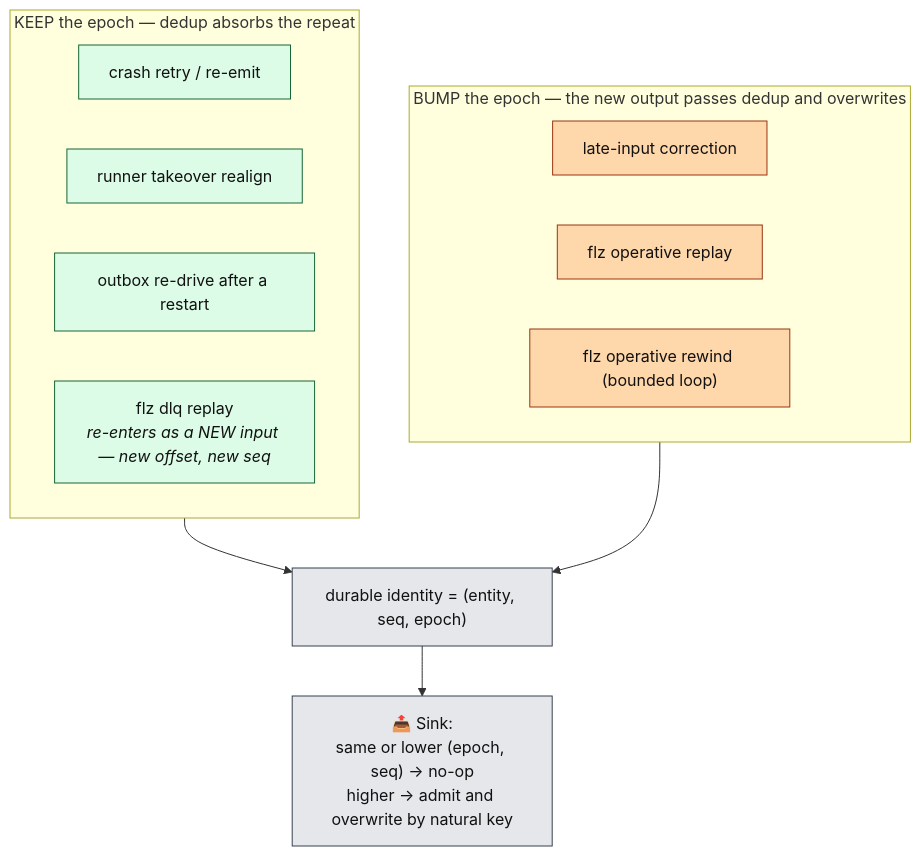
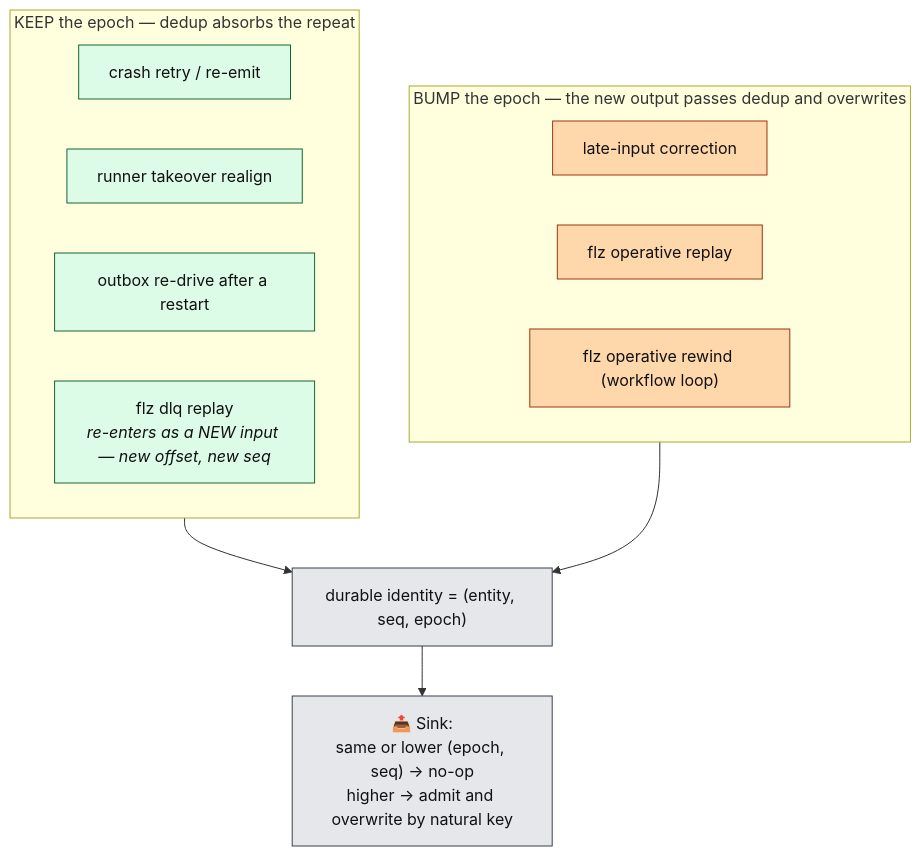
Before and after one commit to Flezha/flezha: the tenth of 16 diagrams in docs/architecture/kernel.md, drawn with Mermaid. The commit also changed other lines of this file and 431 other files, not shown here.

````diff
--- a/docs/architecture/kernel.md
+++ b/docs/architecture/kernel.md
@@ -430,21 +430,21 @@
 ```mermaid
 flowchart TB
     subgraph KEEP["KEEP the epoch — dedup absorbs the repeat"]
         C1["crash retry / re-emit"]:::exec
         C2["runner takeover realign"]:::exec
         C3["outbox re-drive after a restart"]:::exec
         C4["flz dlq replay<br/><i>re-enters as a NEW input — new offset, new seq</i>"]:::exec
     end
     subgraph BUMP["BUMP the epoch — the new output passes dedup and overwrites"]
         B1["late-input correction"]:::sink
         B2["flz operative replay"]:::sink
-        B3["flz operative rewind (bounded loop)"]:::sink
+        B3["flz operative rewind (workflow loop)"]:::sink
     end
     KEEP --> RULE["durable identity = (entity, seq, epoch)"]:::store
     BUMP --> RULE
     RULE --> SINKR["📤 Sink:<br/>same or lower (epoch, seq) → no-op<br/>higher → admit and overwrite by natural key"]:::store
 
     classDef exec fill:#dcfce7,stroke:#166534,color:#111
     classDef sink fill:#fed7aa,stroke:#9a3412,color:#111
     classDef store fill:#e5e7eb,stroke:#374151,color:#111
 ```
````
